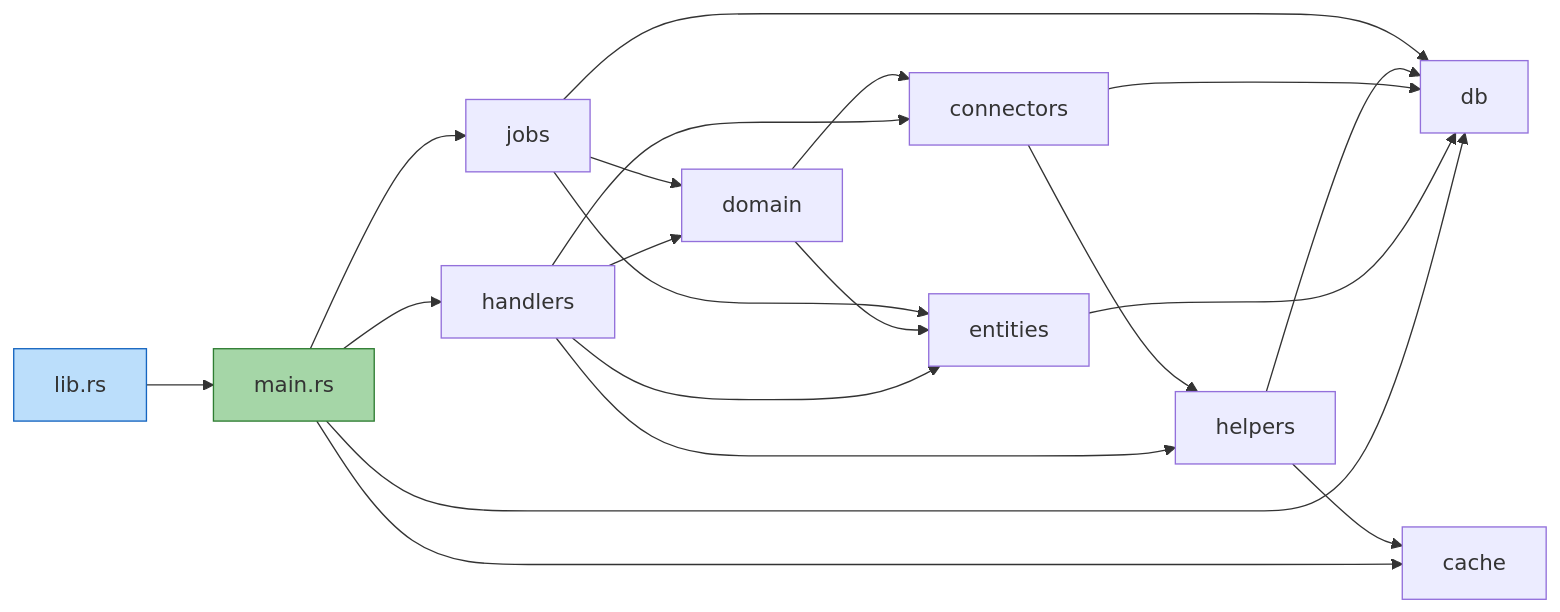
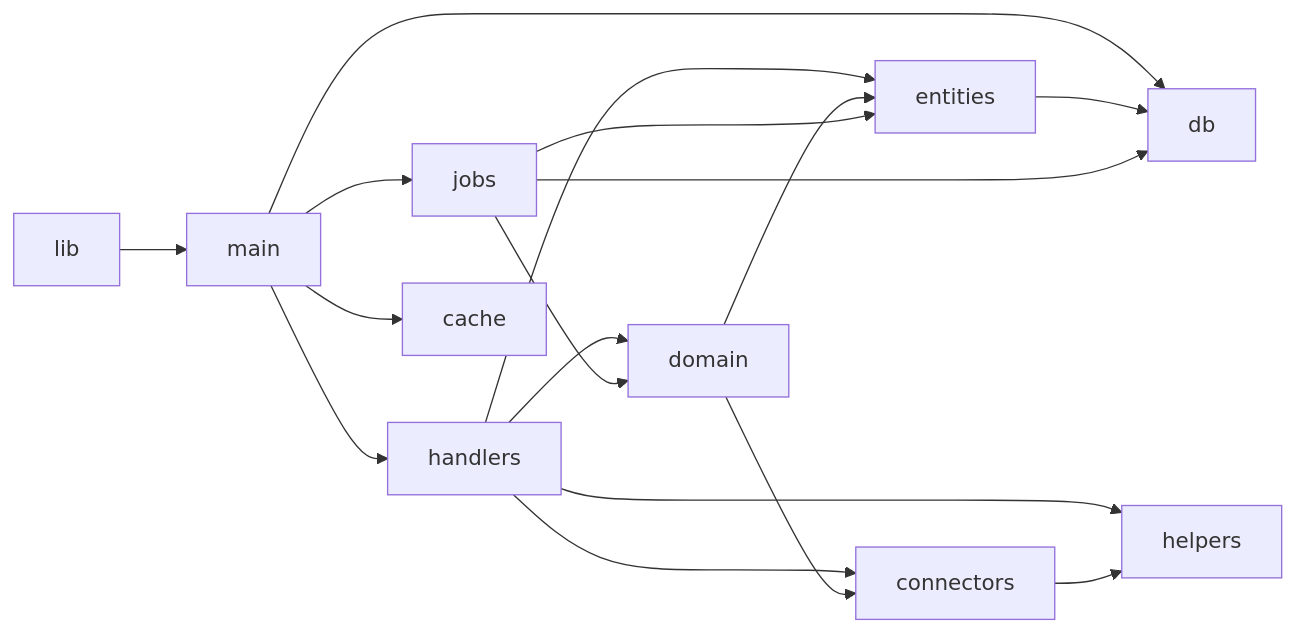
One commit to doitsu2014/crypto-pocket-butler changed diagram 15 of 17 in docs/architecture/01-architecture-design.md. Above: the diagram before and after it, drawn with Mermaid. The commit also changed other lines of this file, not shown here.

Commit message:
docs: Fix Mermaid syntax errors for GitHub compatibility

````diff
--- a/docs/architecture/01-architecture-design.md
+++ b/docs/architecture/01-architecture-design.md
@@ -675,32 +458,19 @@
 ```mermaid
 graph LR
-    lib[lib.rs] --> main[main.rs]
-    
+    lib --> main
     main --> handlers
     main --> db
     main --> jobs
     main --> cache
-    
     handlers --> domain
     handlers --> entities
     handlers --> connectors
     handlers --> helpers
-    
     domain --> entities
     domain --> connectors
-    
     entities --> db
-    
     connectors --> helpers
-    connectors --> db
-    
-    helpers --> db
-    helpers --> cache
-    
     jobs --> db
     jobs --> entities
     jobs --> domain
-    
-    style lib fill:#bbdefb,stroke:#1565c0
-    style main fill:#a5d6a7,stroke:#2e7d32
 ```
````
